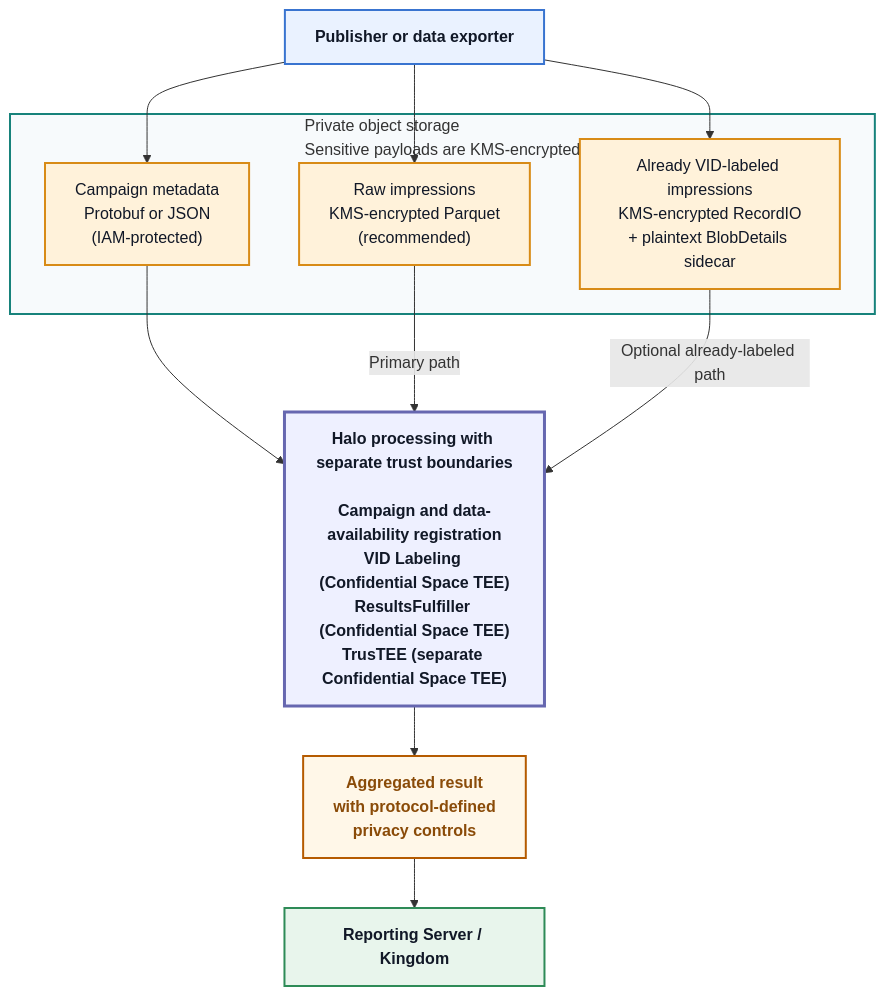
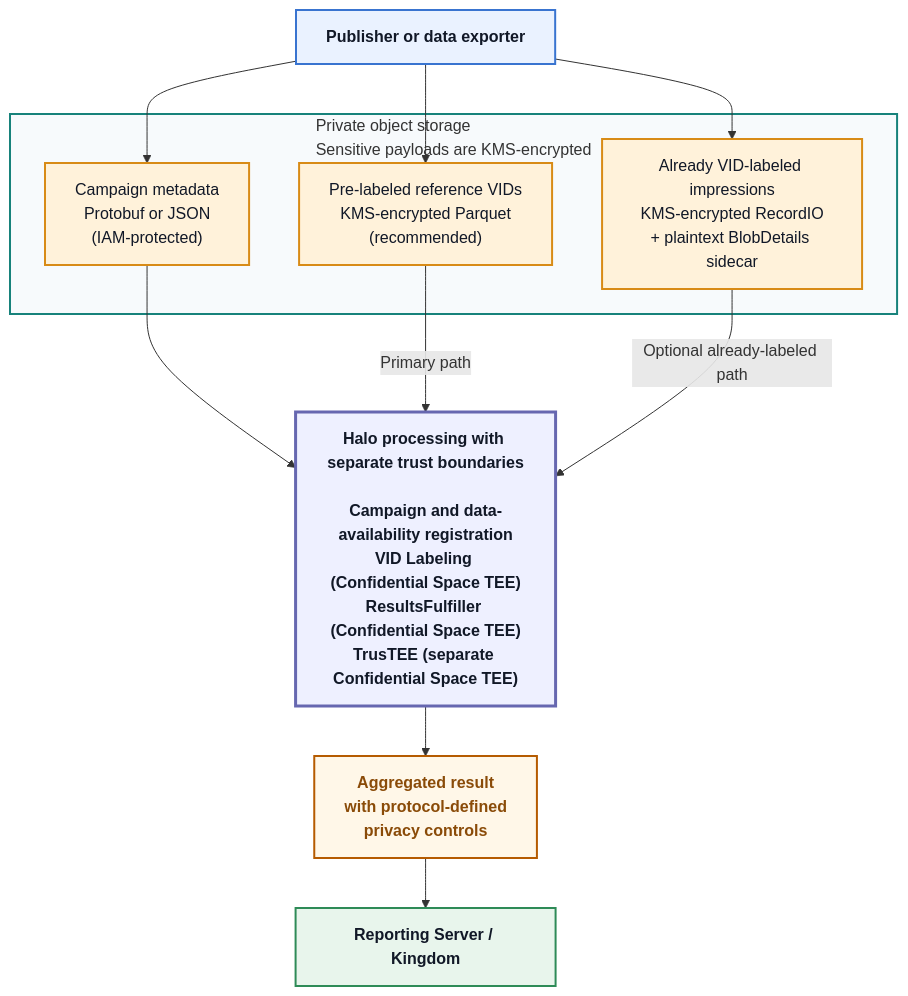
One commit to world-federation-of-advertisers/cross-media-measurement changed the first of 2 diagrams in docs/edpaggregator/data-flow.md. Above: the diagram before and after it, drawn with Mermaid. The commit also changed other lines of this file and 10 other files, not shown here.

````diff
--- a/docs/edpaggregator/data-flow.md
+++ b/docs/edpaggregator/data-flow.md
@@ -36,32 +37,32 @@
 ```mermaid
 flowchart TB
   P["Publisher or data exporter"]
 
   subgraph STORAGE["Private object storage<br/>Sensitive payloads are KMS-encrypted"]
     EG["Campaign metadata<br/>Protobuf or JSON<br/>(IAM-protected)"]
-    RAW["Raw impressions<br/>KMS-encrypted Parquet<br/>(recommended)"]
+    REFERENCE["Pre-labeled reference VIDs<br/>KMS-encrypted Parquet<br/>(recommended)"]
     LABELED["Already VID-labeled impressions<br/>KMS-encrypted RecordIO<br/>+ plaintext BlobDetails sidecar"]
   end
 
   HALO["Halo processing with separate trust boundaries<br/><br/>Campaign and data-availability registration<br/>VID Labeling (Confidential Space TEE)<br/>ResultsFulfiller (Confidential Space TEE)<br/>TrusTEE (separate Confidential Space TEE)"]
   RESULT["Aggregated result<br/>with protocol-defined<br/>privacy controls"]
   RS["Reporting Server / Kingdom"]
 
   P --> EG --> HALO
-  P --> RAW -->|"Primary path"| HALO
+  P --> REFERENCE -->|"Primary path"| HALO
   P --> LABELED -->|"Optional already-labeled path"| HALO
   HALO --> RESULT --> RS
 
   classDef publisher fill:#EAF2FF,stroke:#3974D0,stroke-width:2px,color:#111827,font-weight:bold;
   classDef input fill:#FFF2DA,stroke:#D88B16,stroke-width:2px,color:#111827;
   classDef halo fill:#EEF0FF,stroke:#6667B0,stroke-width:3px,color:#111827,font-weight:bold;
   classDef result fill:#FFF7E8,stroke:#B55B00,stroke-width:2px,color:#8A4B08,font-weight:bold;
   classDef server fill:#E8F5EC,stroke:#2E8B57,stroke-width:2px,color:#111827,font-weight:bold;
 
   class P publisher;
-  class EG,RAW,LABELED input;
+  class EG,REFERENCE,LABELED input;
   class HALO halo;
   class RESULT result;
   class RS server;
   style STORAGE fill:#F7FAFC,stroke:#17827B,stroke-width:2px;
 ```
````
